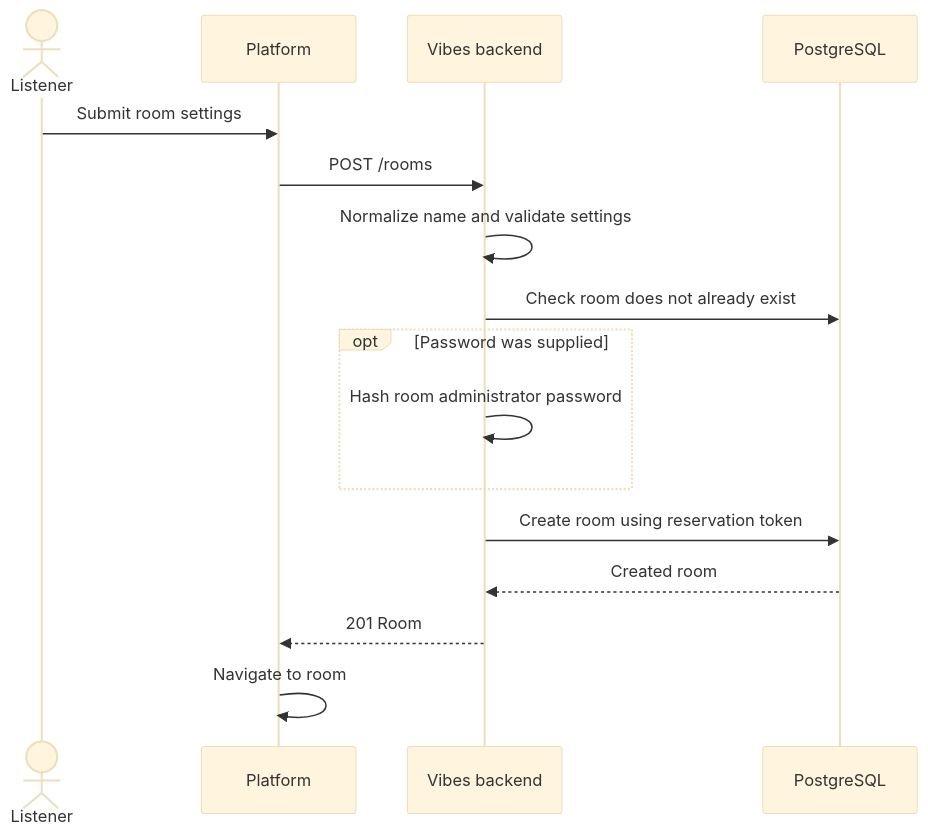
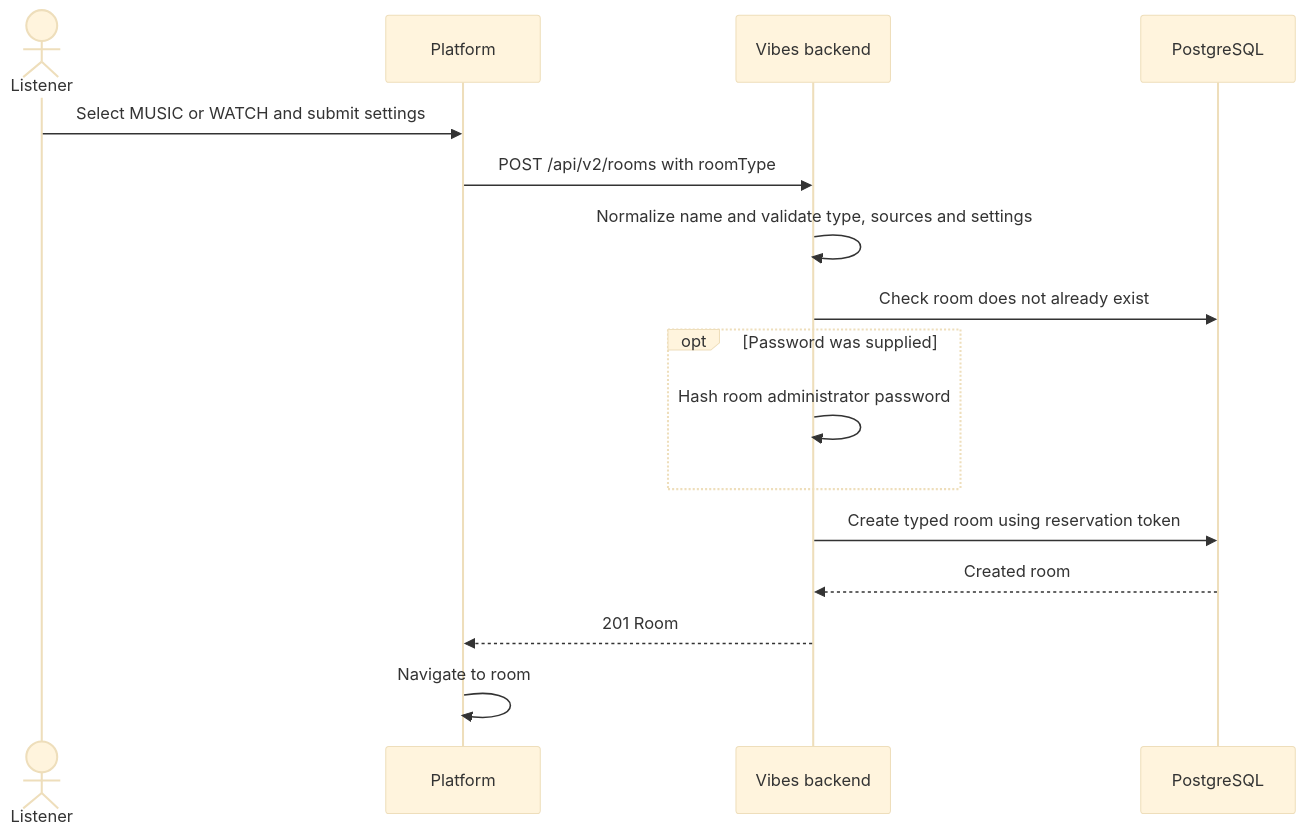
One commit to zoff-music/vibes-backend changed the third of 5 diagrams in docs/flows/rooms.md. Above: the diagram before and after it, drawn with Mermaid (base theme). The commit also changed other lines of this file and 69 other files, not shown here.

````diff
--- a/docs/flows/rooms.md
+++ b/docs/flows/rooms.md
@@ -56,19 +60,19 @@
 ```mermaid
 sequenceDiagram
     actor Listener
     participant Platform
     participant API as Vibes backend
     participant DB as PostgreSQL
 
-    Listener->>Platform: Submit room settings
-    Platform->>API: POST /rooms
-    API->>API: Normalize name and validate settings
+    Listener->>Platform: Select MUSIC or WATCH and submit settings
+    Platform->>API: POST /api/v2/rooms with roomType
+    API->>API: Normalize name and validate type, sources and settings
     API->>DB: Check room does not already exist
     opt Password was supplied
         API->>API: Hash room administrator password
     end
-    API->>DB: Create room using reservation token
+    API->>DB: Create typed room using reservation token
     DB-->>API: Created room
     API-->>Platform: 201 Room
     Platform->>Platform: Navigate to room
 ```
````
